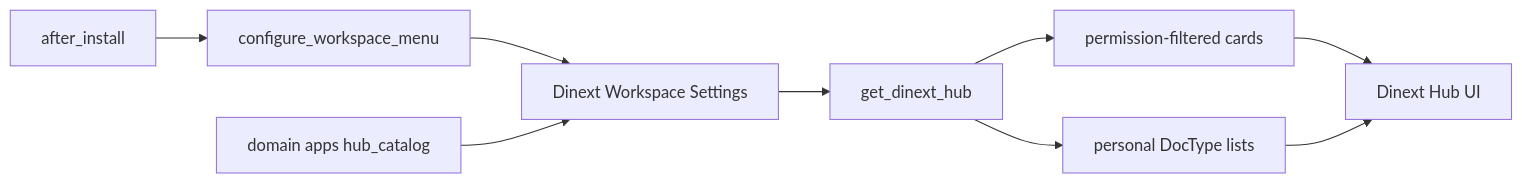
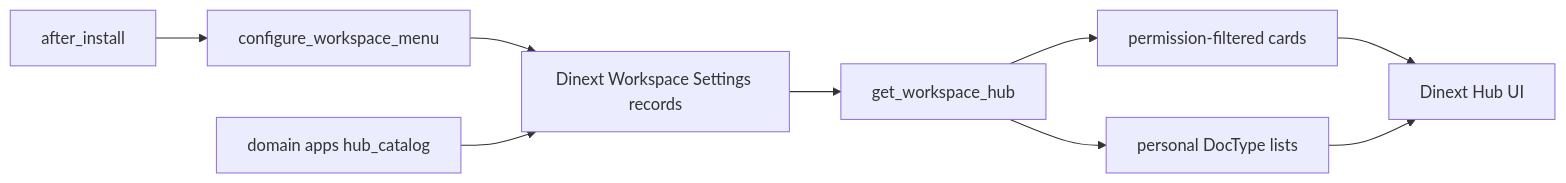
The second of 5 diagrams in README.md (Dinext-pro/dinext-common), drawn with Mermaid before and after one commit. The commit also changed other lines of this file and 19 other files, not shown here.

First line of the commit message:
feat(workspace): use named hub settings and fill-width card columns

````diff
--- a/README.md
+++ b/README.md
@@ -592,11 +613,11 @@
 ```mermaid
 flowchart LR
   install["after_install"] --> configure["configure_workspace_menu"]
-  configure --> settings["Dinext Workspace Settings"]
+  configure --> settings["Dinext Workspace Settings records"]
   domainApps["domain apps hub_catalog"] --> settings
-  settings --> hubApi["get_dinext_hub"]
+  settings --> hubApi["get_workspace_hub"]
   hubApi --> cards["permission-filtered cards"]
   hubApi --> lists["personal DocType lists"]
   cards --> deskHub["Dinext Hub UI"]
   lists --> deskHub
 ```
````
